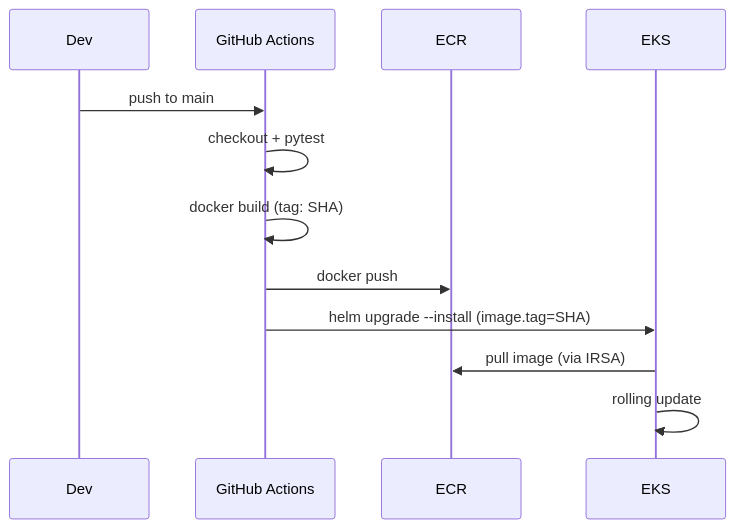
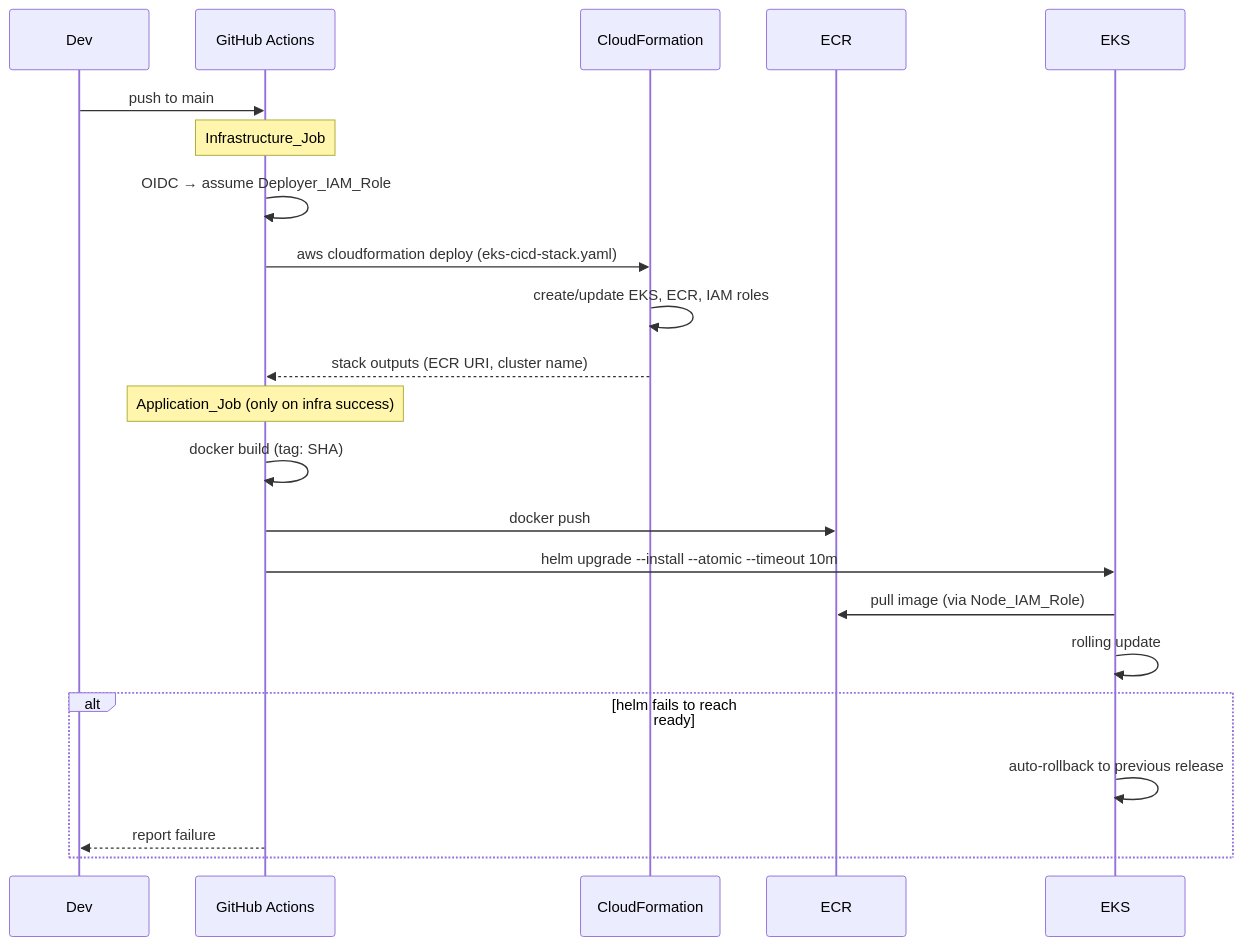
Before and after one commit to dimwael/eks-github-cicd-app: the second of 4 diagrams in .kiro/specs/eks-github-cicd-app/design.md, drawn with Mermaid. The commit also changed other lines of this file and 11 other files, not shown here.

First line of the commit message:
feat: CloudFormation-based infra + two-job GitHub Actions pipeline

````diff
--- a/.kiro/specs/eks-github-cicd-app/design.md
+++ b/.kiro/specs/eks-github-cicd-app/design.md
@@ -39,15 +56,26 @@
 ```mermaid
 sequenceDiagram
     participant Dev
     participant GHA as GitHub Actions
+    participant CFN as CloudFormation
     participant ECR
     participant EKS
 
     Dev->>GHA: push to main
-    GHA->>GHA: checkout + pytest
+    Note over GHA: Infrastructure_Job
+    GHA->>GHA: OIDC → assume Deployer_IAM_Role
+    GHA->>CFN: aws cloudformation deploy (eks-cicd-stack.yaml)
+    CFN->>CFN: create/update EKS, ECR, IAM roles
+    CFN-->>GHA: stack outputs (ECR URI, cluster name)
+
+    Note over GHA: Application_Job (only on infra success)
     GHA->>GHA: docker build (tag: SHA)
     GHA->>ECR: docker push
-    GHA->>EKS: helm upgrade --install (image.tag=SHA)
-    EKS->>ECR: pull image (via IRSA)
+    GHA->>EKS: helm upgrade --install --atomic --timeout 10m
+    EKS->>ECR: pull image (via Node_IAM_Role)
     EKS->>EKS: rolling update
+    alt helm fails to reach ready
+        EKS->>EKS: auto-rollback to previous release
+        GHA-->>Dev: report failure
+    end
 ```
````
